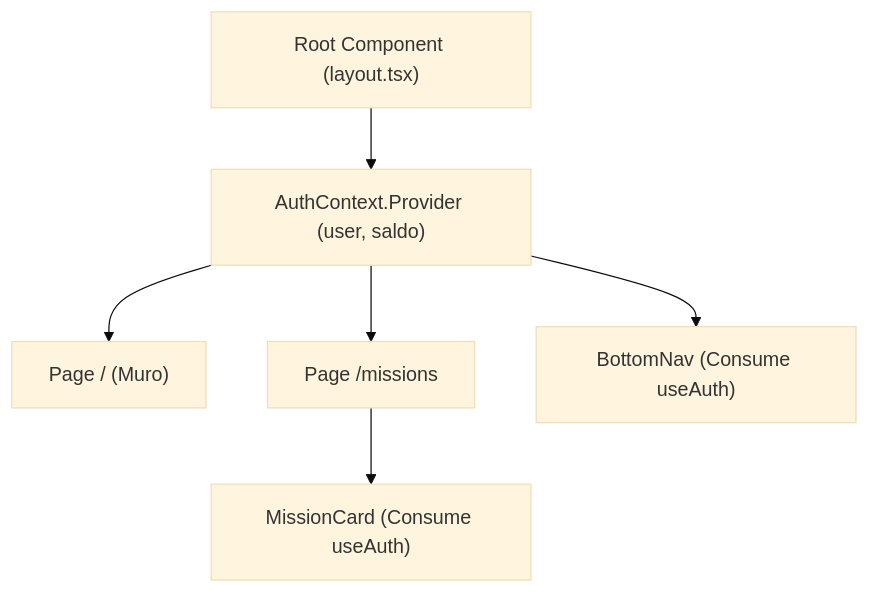
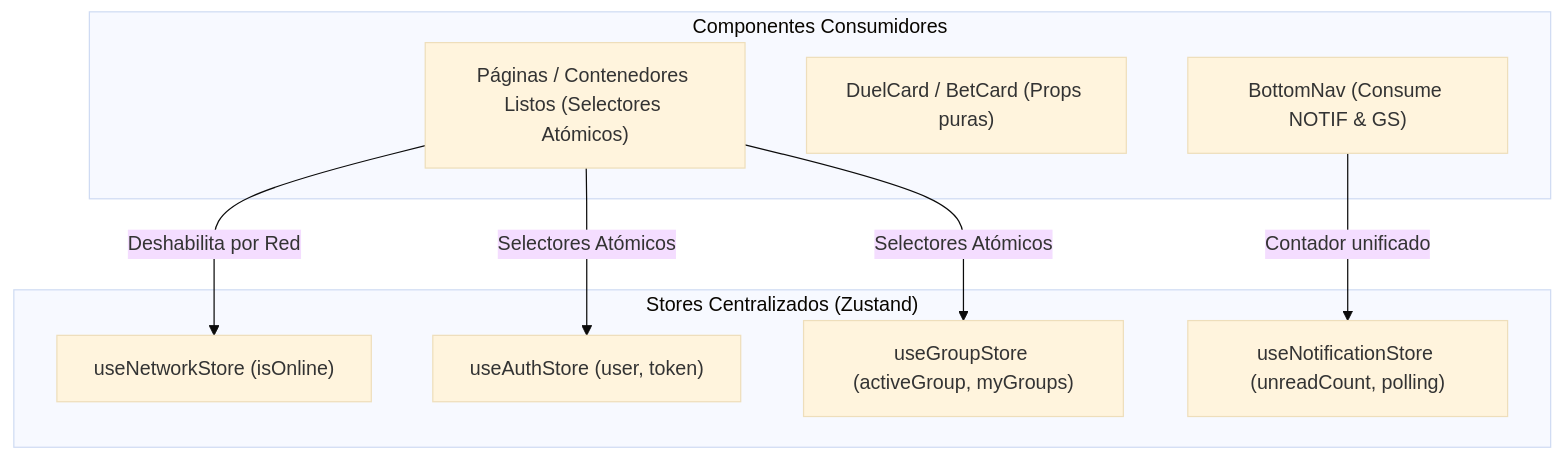
Before and after one commit to ivii-devs/questfest: the diagram in obsidian_vault/06 - Conceptos Teóricos/06.13 - Gestion del Estado Global y Context API.md, drawn with Mermaid (base theme). The commit also changed other lines of this file and 2 other files, not shown here.

Commit message:
docs(vault): actualizar notas sobre zustand service worker y capa de servicios

````diff
--- a/obsidian_vault/06 - Conceptos Teóricos/06.13 - Gestion del Estado Global y Context API.md
+++ b/obsidian_vault/06 - Conceptos Teóricos/06.13 - Gestion del Estado Global y Context API.md
@@ -15,8 +27,20 @@
 ```mermaid
 graph TD
-    RootApp["Root Component (layout.tsx)"] --> Provider["AuthContext.Provider (user, saldo)"]
-    Provider --> PageHome["Page / (Muro)"]
-    Provider --> PageMissions["Page /missions"]
-    PageMissions --> MissionCard["MissionCard (Consume useAuth)"]
-    Provider --> BottomNav["BottomNav (Consume useAuth)"]
+    subgraph "Stores Centralizados (Zustand)"
+        NS["useNetworkStore (isOnline)"]
+        AS["useAuthStore (user, token)"]
+        GS["useGroupStore (activeGroup, myGroups)"]
+        NOTIF["useNotificationStore (unreadCount, polling)"]
+    end
+
+    subgraph "Componentes Consumidores"
+        NAV["BottomNav (Consume NOTIF & GS)"]
+        CARD["DuelCard / BetCard (Props puras)"]
+        PAGE["Páginas / Contenedores Listos (Selectores Atómicos)"]
+    end
+
+    PAGE -->|Selectores Atómicos| AS
+    PAGE -->|Selectores Atómicos| GS
+    PAGE -->|Deshabilita por Red| NS
+    NAV -->|Contador unificado| NOTIF
 ```
````
